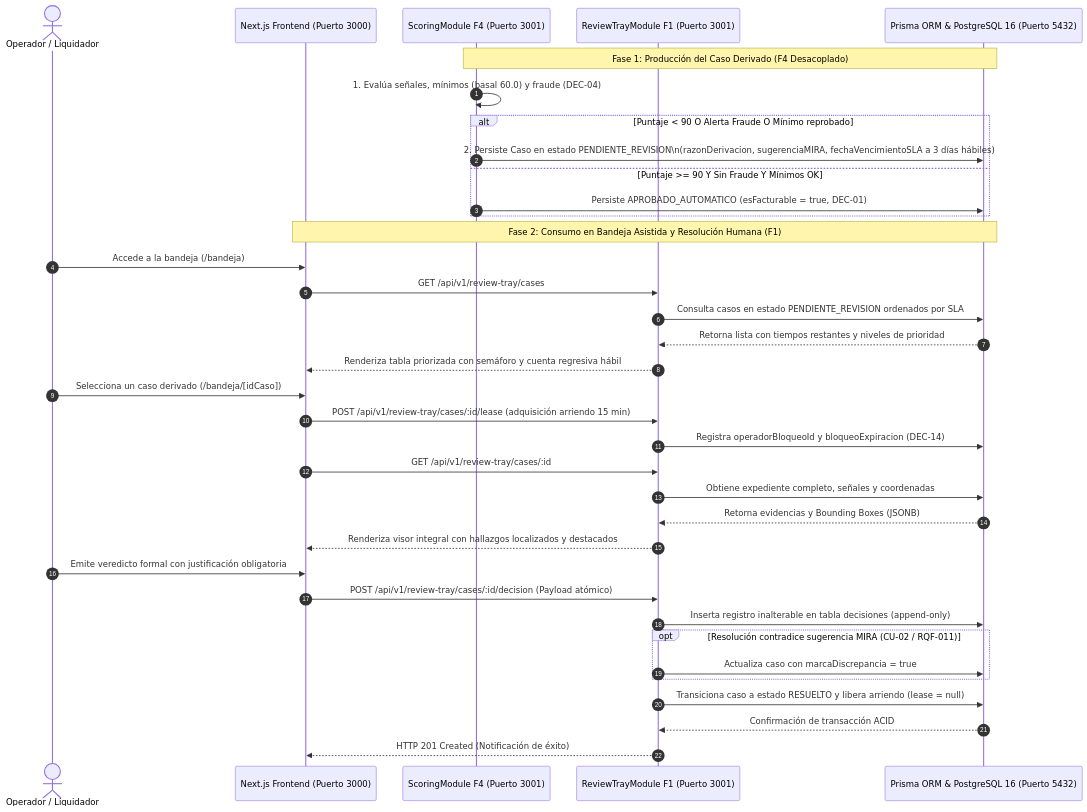
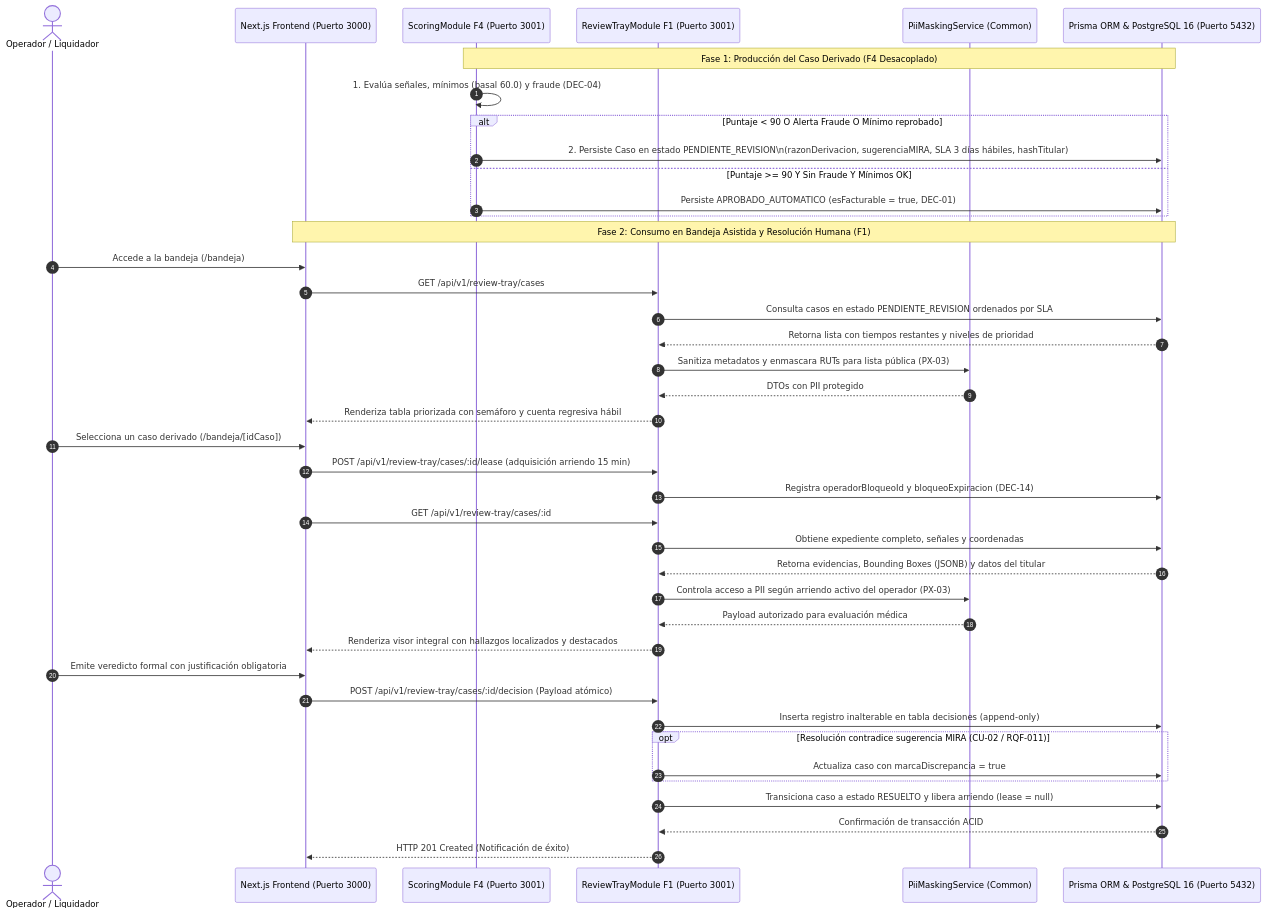
One commit to Frxnks/Entregas_DSLLMs changed the second of 2 diagrams in docs/entrega2/cambios_diagramas_persistencia.md. Above: the diagram before and after it, drawn with Mermaid. The commit also changed other lines of this file and 13 other files, not shown here.

````diff
--- a/docs/entrega2/cambios_diagramas_persistencia.md
+++ b/docs/entrega2/cambios_diagramas_persistencia.md
@@ -210,42 +216,47 @@
 ```mermaid
 sequenceDiagram
     autonumber
     actor Operador as Operador / Liquidador
     participant UI as Next.js Frontend (Puerto 3000)
     participant F4 as ScoringModule F4 (Puerto 3001)
     participant F1 as ReviewTrayModule F1 (Puerto 3001)
+    participant SEC as PiiMaskingService (Common)
     participant DB as Prisma ORM & PostgreSQL 16 (Puerto 5432)
 
     Note over F4,DB: Fase 1: Producción del Caso Derivado (F4 Desacoplado)
     F4->>F4: 1. Evalúa señales, mínimos (basal 60.0) y fraude (DEC-04)
     alt Puntaje < 90 O Alerta Fraude O Mínimo reprobado
-        F4->>DB: 2. Persiste Caso en estado PENDIENTE_REVISION\n(razonDerivacion, sugerenciaMIRA, fechaVencimientoSLA a 3 días hábiles)
+        F4->>DB: 2. Persiste Caso en estado PENDIENTE_REVISION\n(razonDerivacion, sugerenciaMIRA, SLA 3 días hábiles, hashTitular)
     else Puntaje >= 90 Y Sin Fraude Y Mínimos OK
         F4->>DB: Persiste APROBADO_AUTOMATICO (esFacturable = true, DEC-01)
     end
 
     Note over UI,DB: Fase 2: Consumo en Bandeja Asistida y Resolución Humana (F1)
     Operador->>UI: Accede a la bandeja (/bandeja)
     UI->>F1: GET /api/v1/review-tray/cases
     F1->>DB: Consulta casos en estado PENDIENTE_REVISION ordenados por SLA
     DB-->>F1: Retorna lista con tiempos restantes y niveles de prioridad
+    F1->>SEC: Sanitiza metadatos y enmascara RUTs para lista pública (PX-03)
+    SEC-->>F1: DTOs con PII protegido
     F1-->>UI: Renderiza tabla priorizada con semáforo y cuenta regresiva hábil
 
     Operador->>UI: Selecciona un caso derivado (/bandeja/[idCaso])
     UI->>F1: POST /api/v1/review-tray/cases/:id/lease (adquisición arriendo 15 min)
     F1->>DB: Registra operadorBloqueoId y bloqueoExpiracion (DEC-14)
     UI->>F1: GET /api/v1/review-tray/cases/:id
     F1->>DB: Obtiene expediente completo, señales y coordenadas
-    DB-->>F1: Retorna evidencias y Bounding Boxes (JSONB)
+    DB-->>F1: Retorna evidencias, Bounding Boxes (JSONB) y datos del titular
+    F1->>SEC: Controla acceso a PII según arriendo activo del operador (PX-03)
+    SEC-->>F1: Payload autorizado para evaluación médica
     F1-->>UI: Renderiza visor integral con hallazgos localizados y destacados
 
     Operador->>UI: Emite veredicto formal con justificación obligatoria
     UI->>F1: POST /api/v1/review-tray/cases/:id/decision (Payload atómico)
     F1->>DB: Inserta registro inalterable en tabla decisiones (append-only)
     opt Resolución contradice sugerencia MIRA (CU-02 / RQF-011)
         F1->>DB: Actualiza caso con marcaDiscrepancia = true
     end
     F1->>DB: Transiciona caso a estado RESUELTO y libera arriendo (lease = null)
     DB-->>F1: Confirmación de transacción ACID
     F1-->>UI: HTTP 201 Created (Notificación de éxito)
 ```
````
